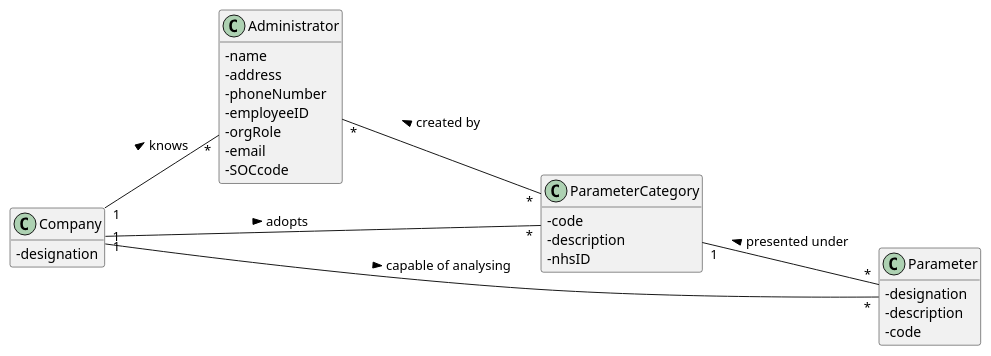
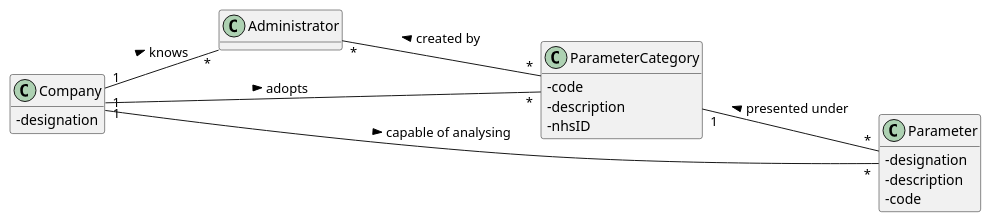
Before and after one commit to 0franciscor/lei-21-s2-1de-g19: the diagram in docs/SprintB/US10/US10-MD.puml, drawn with PlantUML. The commit also changed 2 other files, not shown here.

```diff
--- a/docs/SprintB/US10/US10-MD.puml
+++ b/docs/SprintB/US10/US10-MD.puml
@@ -1,47 +1,40 @@
 @startuml
 'https://plantuml.com/class-diagram
 hide methods
 left to right direction
 class Company
 class Administrator
 class ParameterCategory
 class Parameter
 
 
 Company "1" -- "*" Parameter : > capable of analysing
 Company "1" -- "*" ParameterCategory : > adopts
 Company "1" -- "*" Administrator : > knows
 ParameterCategory "1" -- "*" Parameter : < presented under
 Administrator "*" -- "*" ParameterCategory : < created by
 
 skinparam classAttributeIconSize 0
 class Company{
 -designation
 }
 
 
 
 class ParameterCategory{
 -code
 -description
 -nhsID
 }
 
 class Parameter{
 -designation
 -description
 -code
 }
 
 class Administrator{
--name
--address
--phoneNumber
--employeeID
--orgRole
--email
--SOCcode
 }
 
 
 @enduml
```
